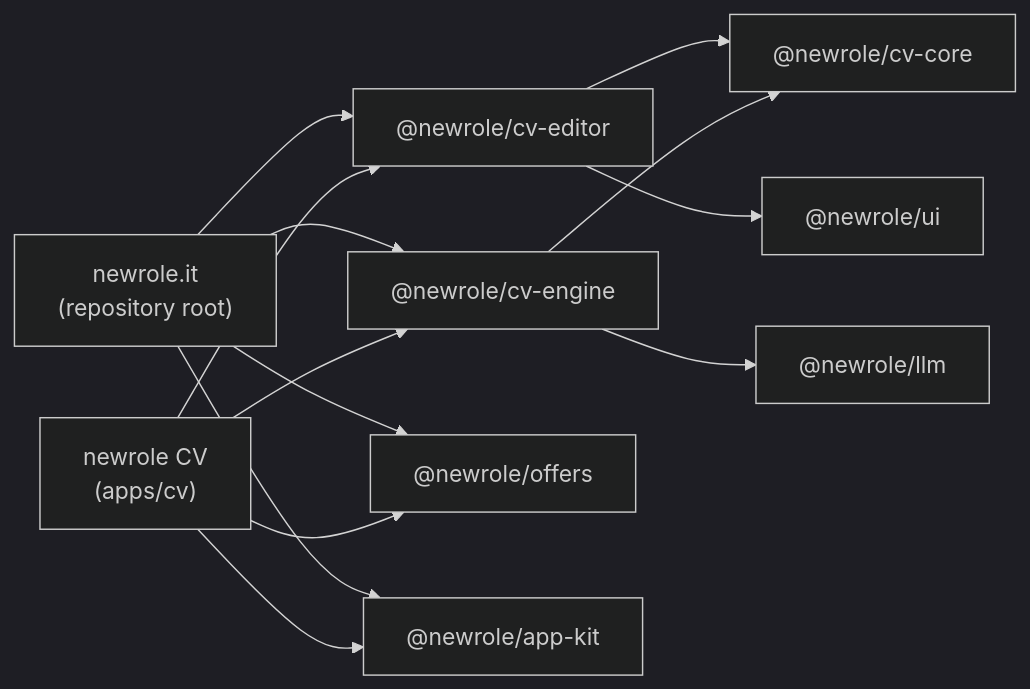
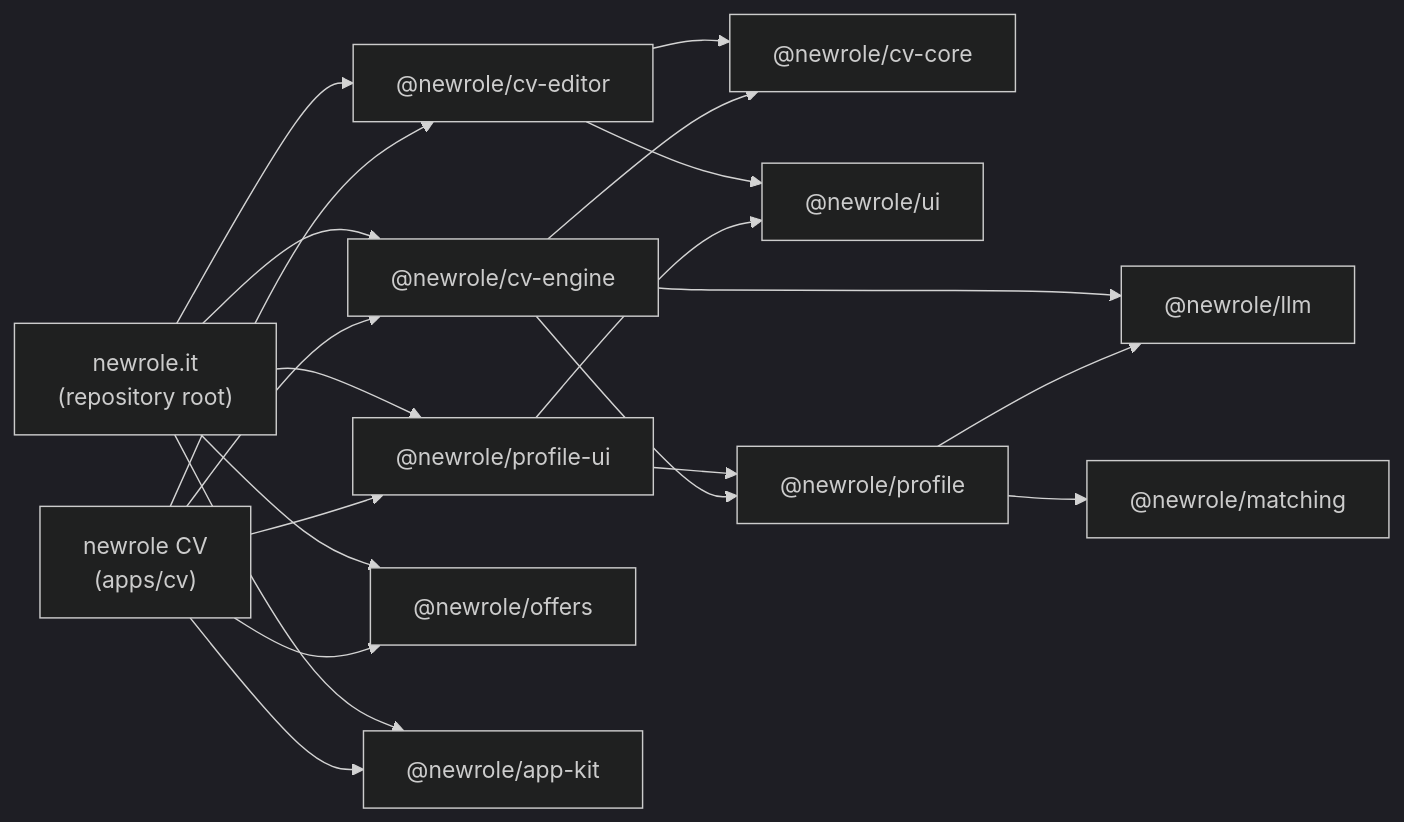
Before and after one commit to newrole-it/CEO: the diagram in docs/architecture.md, drawn with Mermaid (dark theme). The commit also changed other lines of this file and 19 other files, not shown here.

First line of the commit message:
docs: the profile, LinkedIn and the matching workspace in the architecture and READMEs

````diff
--- a/docs/architecture.md
+++ b/docs/architecture.md
@@ -36,15 +41,22 @@
 ```mermaid
 flowchart LR
   NR["newrole.it<br/>(repository root)"] --> CE["@newrole/cv-editor"]
+  NR --> PU["@newrole/profile-ui"]
   NR --> EN["@newrole/cv-engine"]
   NR --> OF["@newrole/offers"]
   NR --> AK["@newrole/app-kit"]
   CV["newrole CV<br/>(apps/cv)"] --> CE
+  CV --> PU
   CV --> EN
   CV --> OF
   CV --> AK
   CE --> CO["@newrole/cv-core"]
   CE --> UI["@newrole/ui"]
+  PU --> PR["@newrole/profile"]
+  PU --> UI
   EN --> CO
   EN --> LL["@newrole/llm"]
+  EN --> PR
+  PR --> LL
+  PR --> MA["@newrole/matching"]
 ```
````
